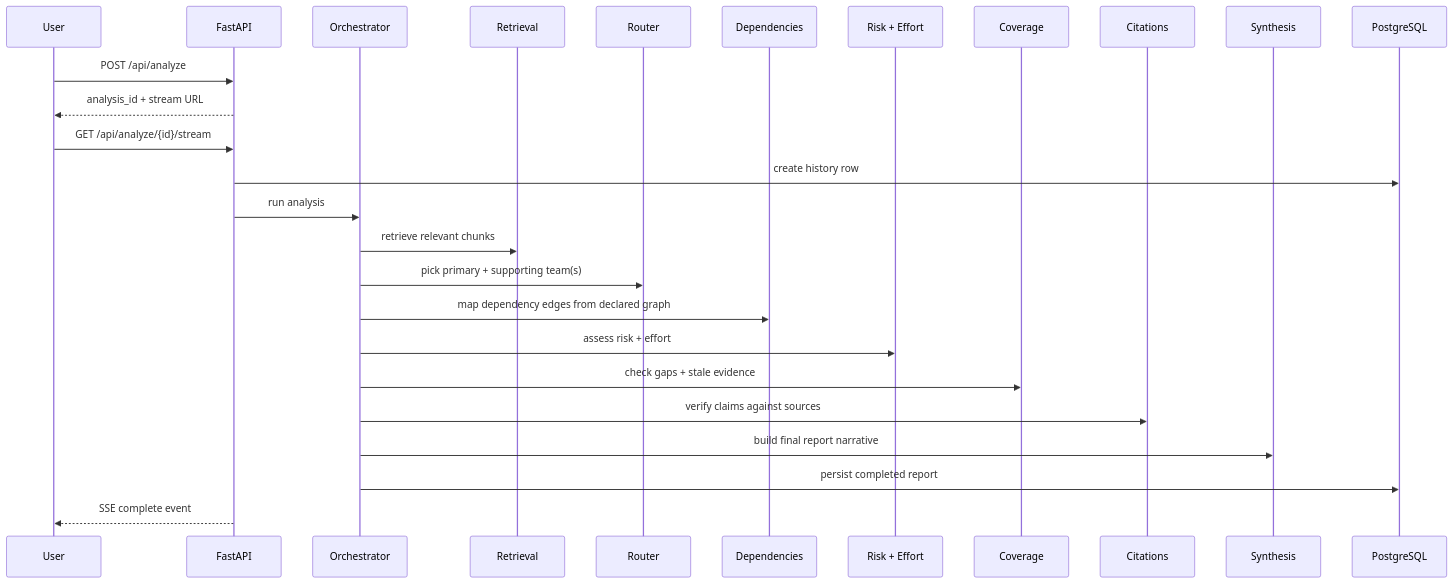
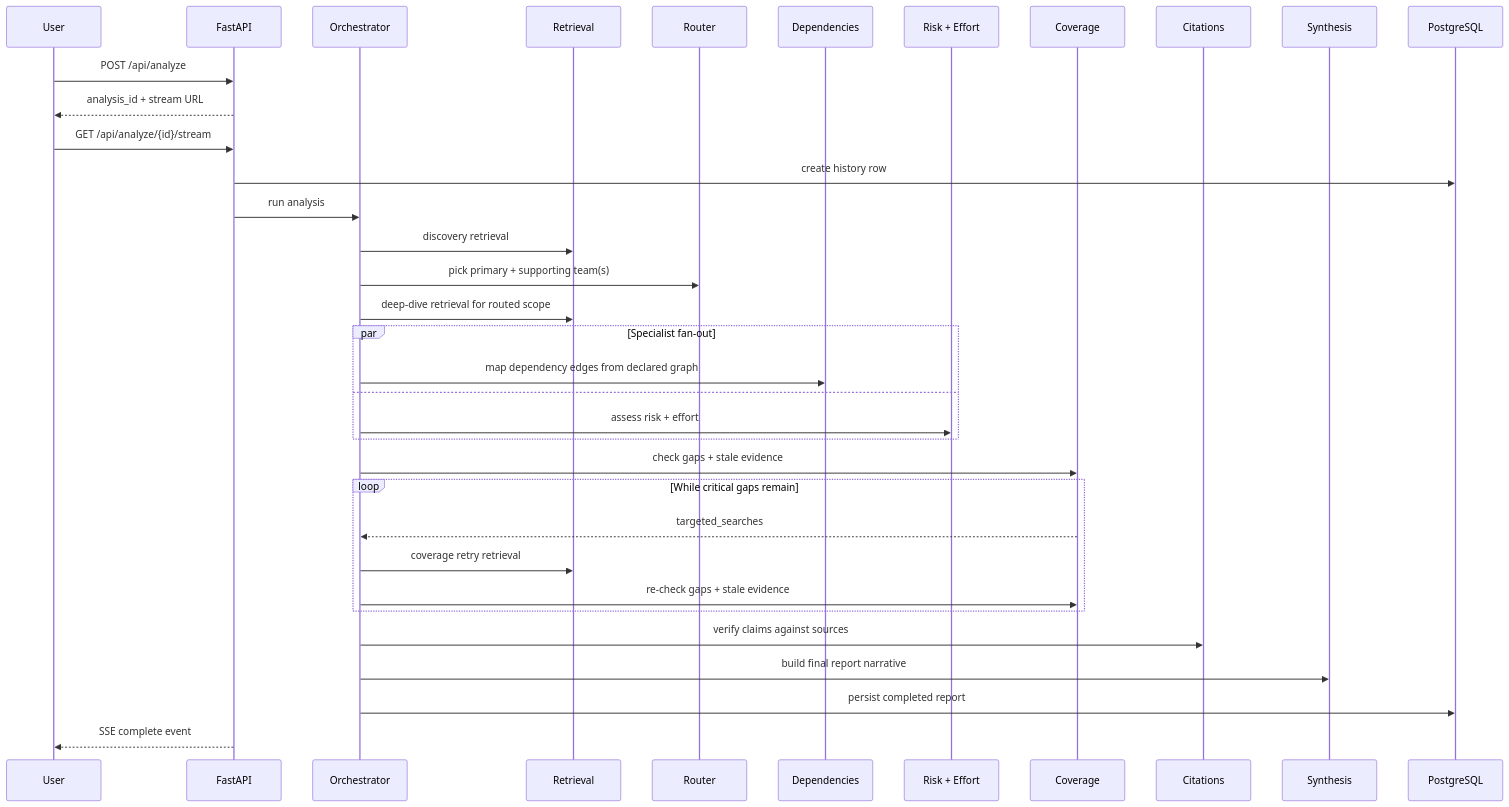
One commit to gurungabit/prism changed the fifth of 6 diagrams in docs/architecture.md. Above: the diagram before and after it, drawn with Mermaid. The commit also changed 1 other file, not shown here.

Commit message:
docs: align analysis workflow diagrams

````diff
--- a/docs/architecture.md
+++ b/docs/architecture.md
@@ -259,30 +259,39 @@
 ```mermaid
 sequenceDiagram
     participant U as User
     participant API as FastAPI
     participant ORC as Orchestrator
     participant RET as Retrieval
     participant RTR as Router
     participant DEP as Dependencies
     participant RSK as Risk + Effort
     participant COV as Coverage
     participant CIT as Citations
     participant SYN as Synthesis
     participant PG as PostgreSQL
 
     U->>API: POST /api/analyze
     API-->>U: analysis_id + stream URL
     U->>API: GET /api/analyze/{id}/stream
 
     API->>PG: create history row
     API->>ORC: run analysis
-    ORC->>RET: retrieve relevant chunks
+    ORC->>RET: discovery retrieval
     ORC->>RTR: pick primary + supporting team(s)
-    ORC->>DEP: map dependency edges from declared graph
-    ORC->>RSK: assess risk + effort
+    ORC->>RET: deep-dive retrieval for routed scope
+    par Specialist fan-out
+        ORC->>DEP: map dependency edges from declared graph
+    and
+        ORC->>RSK: assess risk + effort
+    end
     ORC->>COV: check gaps + stale evidence
+    loop While critical gaps remain
+        COV-->>ORC: targeted_searches
+        ORC->>RET: coverage retry retrieval
+        ORC->>COV: re-check gaps + stale evidence
+    end
     ORC->>CIT: verify claims against sources
     ORC->>SYN: build final report narrative
     ORC->>PG: persist completed report
     API-->>U: SSE complete event
 ```
````
